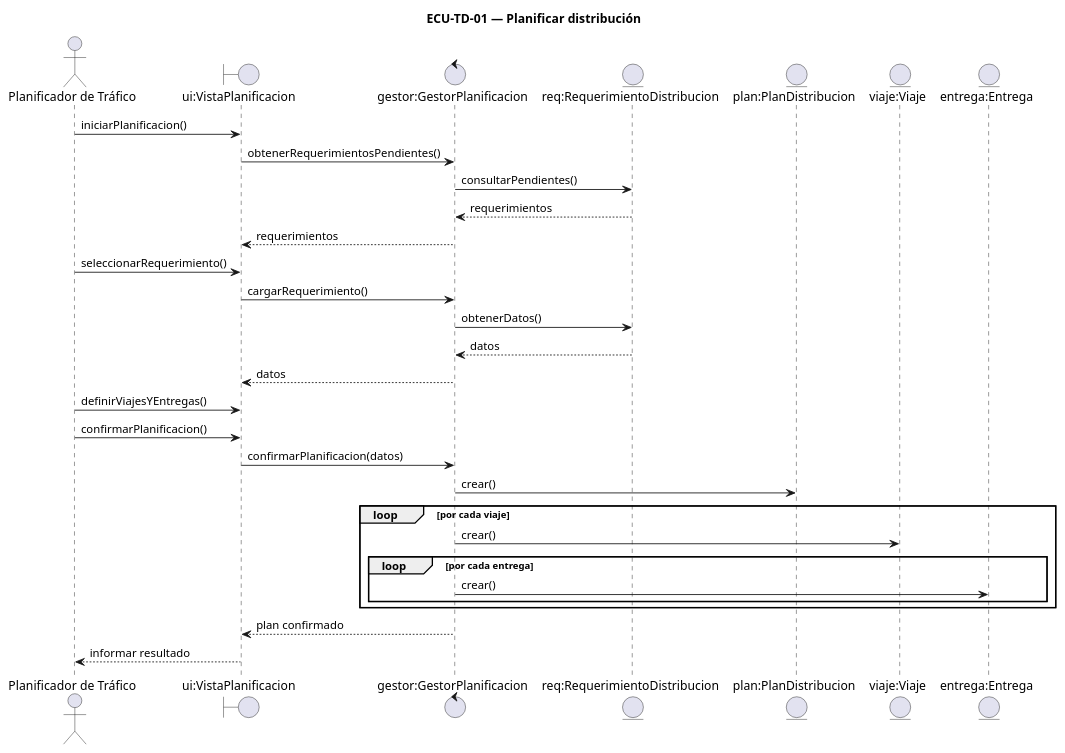
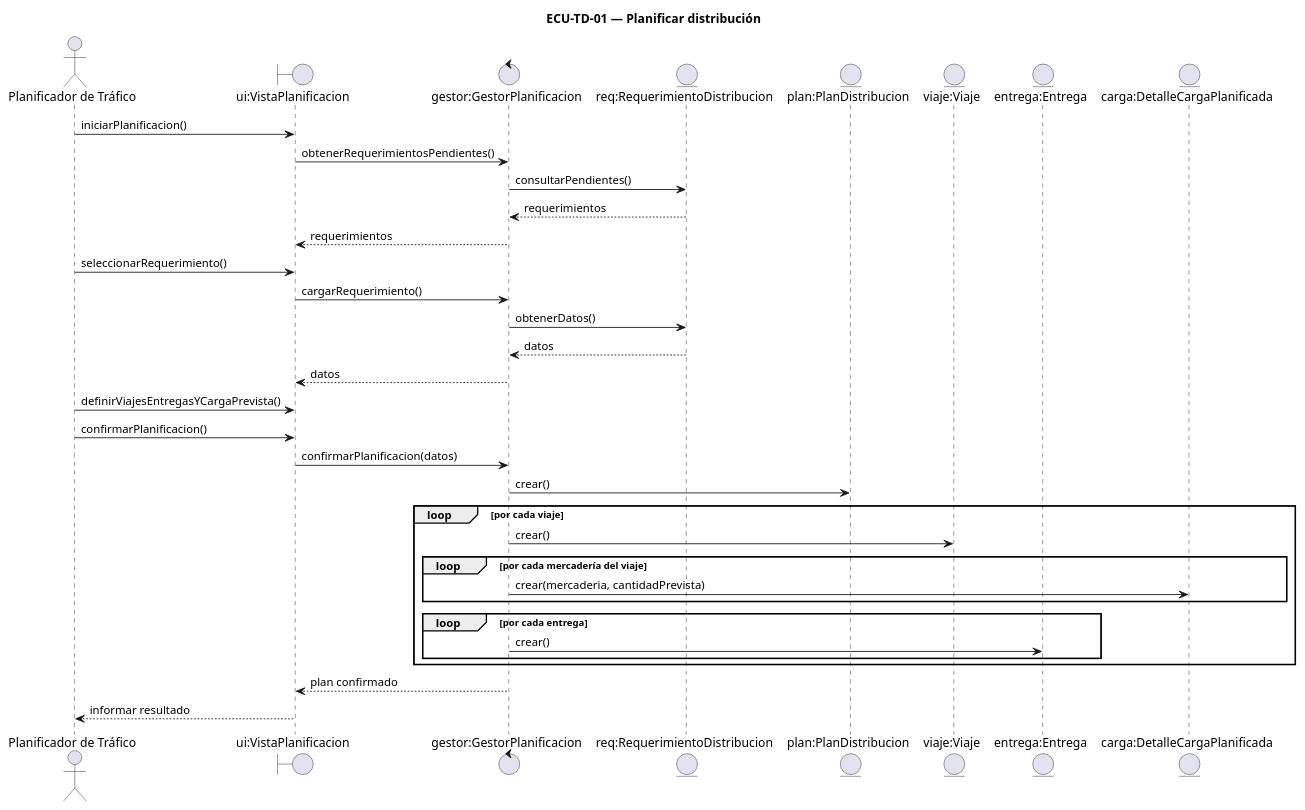
One commit to Zalitoar/SistemaLogistica changed the diagram in docs/uml/Secuencia_TD01_PlanificarDistribucion.puml. Above: the diagram before and after it, drawn with PlantUML. The commit also changed 53 other files, not shown here.

```diff
--- a/docs/uml/Secuencia_TD01_PlanificarDistribucion.puml
+++ b/docs/uml/Secuencia_TD01_PlanificarDistribucion.puml
@@ -1,36 +1,40 @@
 @startuml
 title ECU-TD-01 — Planificar distribución
 actor "Planificador de Tráfico" as actor
 boundary "ui:VistaPlanificacion" as ui
 control "gestor:GestorPlanificacion" as gestor
 entity "req:RequerimientoDistribucion" as req
 entity "plan:PlanDistribucion" as plan
 entity "viaje:Viaje" as viaje
 entity "entrega:Entrega" as entrega
+entity "carga:DetalleCargaPlanificada" as carga
 
 actor -> ui : iniciarPlanificacion()
 ui -> gestor : obtenerRequerimientosPendientes()
 gestor -> req : consultarPendientes()
 req --> gestor : requerimientos
 gestor --> ui : requerimientos
 
 actor -> ui : seleccionarRequerimiento()
 ui -> gestor : cargarRequerimiento()
 gestor -> req : obtenerDatos()
 req --> gestor : datos
 gestor --> ui : datos
 
-actor -> ui : definirViajesYEntregas()
+actor -> ui : definirViajesEntregasYCargaPrevista()
 actor -> ui : confirmarPlanificacion()
 ui -> gestor : confirmarPlanificacion(datos)
 
 gestor -> plan : crear()
 loop por cada viaje
   gestor -> viaje : crear()
+  loop por cada mercadería del viaje
+    gestor -> carga : crear(mercaderia, cantidadPrevista)
+  end
   loop por cada entrega
     gestor -> entrega : crear()
   end
 end
 gestor --> ui : plan confirmado
 ui --> actor : informar resultado
 @enduml
```
